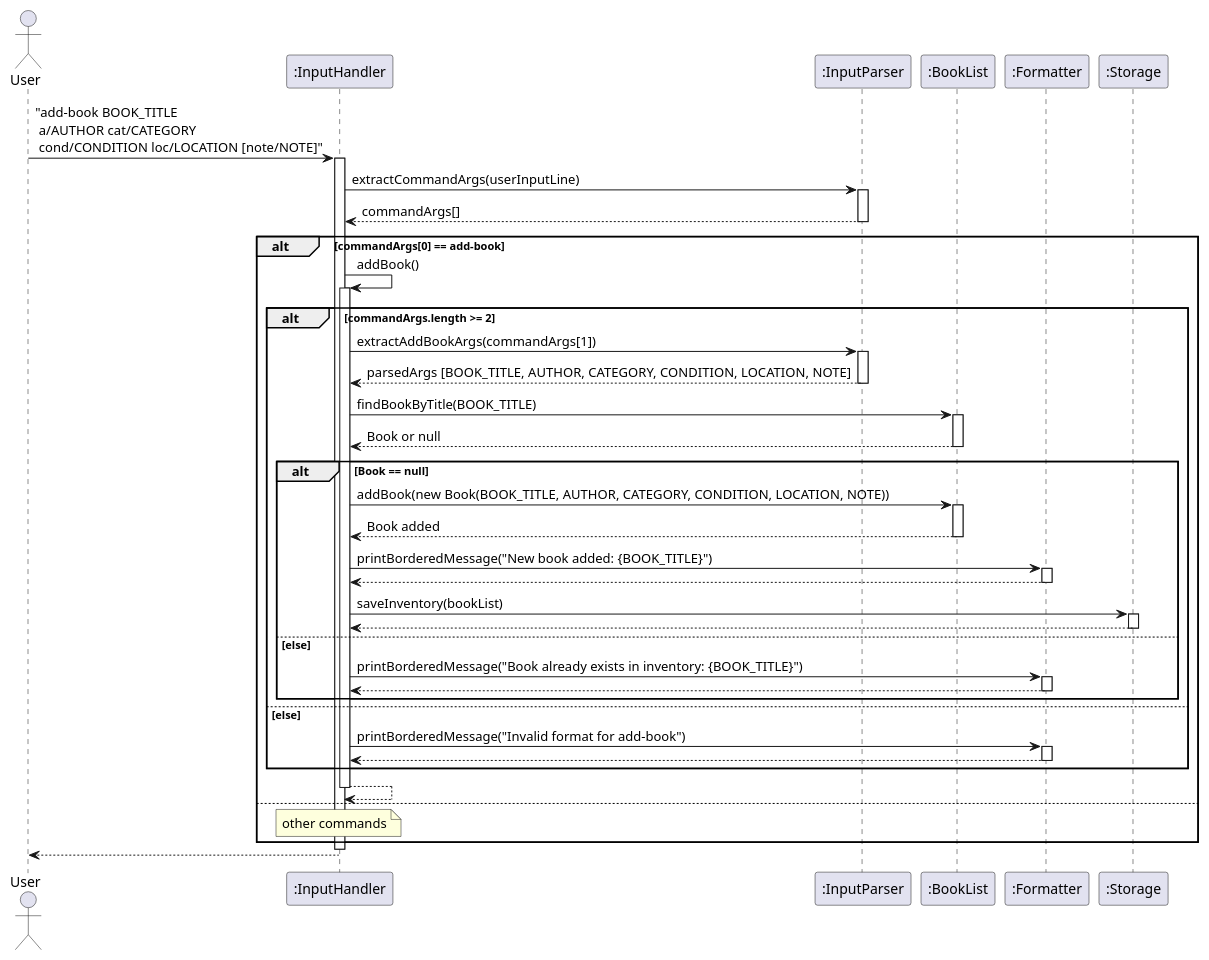
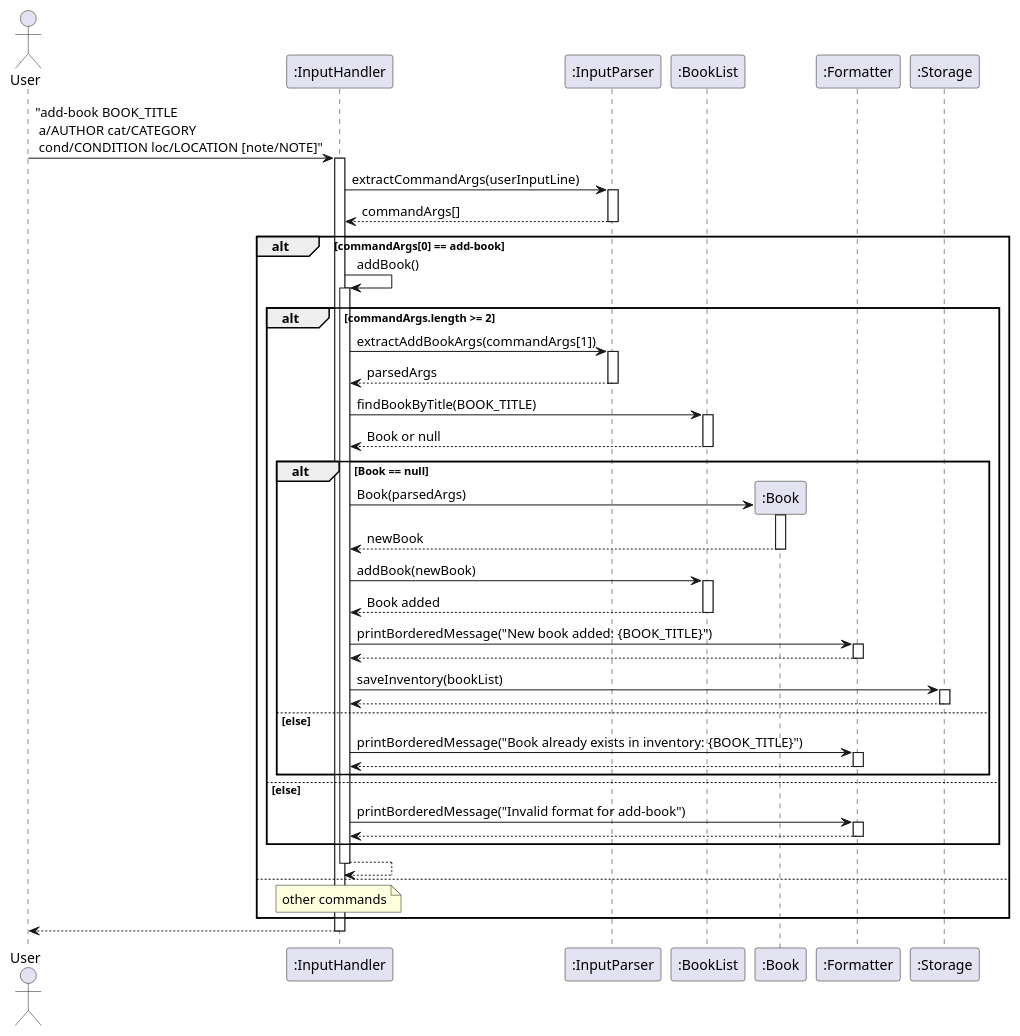
One commit to AY2425S2-CS2113-T12-2/tp changed the diagram in docs/diagrams/addBook.puml. Above: the diagram before and after it, drawn with PlantUML. The commit also changed 2 other files, not shown here.

Commit message:
Update sequence diagram for addBook, addLoan

```diff
--- a/docs/diagrams/addBook.puml
+++ b/docs/diagrams/addBook.puml
@@ -1,77 +1,86 @@
 @startuml
 actor User
 participant InputHandler as ":InputHandler"
 participant InputParser as ":InputParser"
 participant BookList as ":BookList"
+participant Book as ":Book"
 participant Formatter as ":Formatter"
 participant Storage as ":Storage"
 
 User -> InputHandler: "add-book BOOK_TITLE \n a/AUTHOR cat/CATEGORY \n cond/CONDITION loc/LOCATION [note/NOTE]"
 activate InputHandler
 
 InputHandler -> InputParser: extractCommandArgs(userInputLine)
 activate InputParser
 
 InputParser --> InputHandler: commandArgs[]
 deactivate InputParser
 
 alt commandArgs[0] == add-book
     InputHandler -> InputHandler : addBook()
     activate InputHandler
 
 alt commandArgs.length >= 2
     InputHandler -> InputParser: extractAddBookArgs(commandArgs[1])
     activate InputParser
 
-    InputParser --> InputHandler: parsedArgs [BOOK_TITLE, AUTHOR, CATEGORY, CONDITION, LOCATION, NOTE]
+    InputParser --> InputHandler: parsedArgs
     deactivate InputParser
 
     InputHandler -> BookList: findBookByTitle(BOOK_TITLE)
     activate BookList
 
     BookList --> InputHandler: Book or null
     deactivate BookList
 
     alt Book == null
-        InputHandler -> BookList: addBook(new Book(BOOK_TITLE, AUTHOR, CATEGORY, CONDITION, LOCATION, NOTE))
+        InputHandler -> Book ** : Book(parsedArgs)
+        activate Book 
+
+        Book --> InputHandler : newBook
+        deactivate Book
+
+        InputHandler -> BookList: addBook(newBook)
         activate BookList
+
+
         BookList --> InputHandler: Book added
         deactivate BookList
 
         InputHandler -> Formatter: printBorderedMessage("New book added: {BOOK_TITLE}")
         activate Formatter
 
         Formatter --> InputHandler
         deactivate Formatter
 
         InputHandler -> Storage: saveInventory(bookList)
         activate Storage
 
         Storage --> InputHandler
         deactivate Storage
 
 
     else else
         InputHandler -> Formatter: printBorderedMessage("Book already exists in inventory: {BOOK_TITLE}")
         activate Formatter
         Formatter --> InputHandler
         deactivate Formatter
     end
 
     else else
         InputHandler -> Formatter: printBorderedMessage("Invalid format for add-book")
         activate Formatter
         Formatter --> InputHandler
         deactivate Formatter
     end
 
 InputHandler --> InputHandler
 deactivate InputHandler
 
 else
     note over InputHandler : other commands
 end
 
+InputHandler --> User
 deactivate InputHandler
-InputHandler --> User
 @enduml
```
